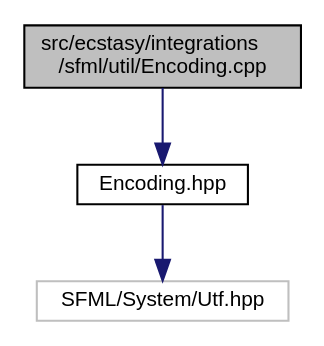
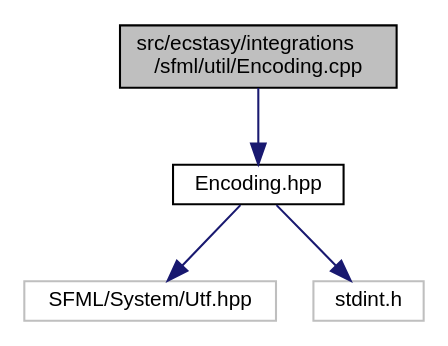
Before and after one commit to AndreasLrx/ecstasy: the diagram in _encoding_8cpp__incl.dot, drawn with Graphviz. The commit also changed 29 other files, not shown here.

```diff
--- a/_encoding_8cpp__incl.dot
+++ b/_encoding_8cpp__incl.dot
@@ -1,11 +1,13 @@
 digraph "src/ecstasy/integrations/sfml/util/Encoding.cpp"
 {
  // LATEX_PDF_SIZE
   edge [fontname="Helvetica",fontsize="10",labelfontname="Helvetica",labelfontsize="10"];
   node [fontname="Helvetica",fontsize="10",shape=record];
   Node1 [label="src/ecstasy/integrations\l/sfml/util/Encoding.cpp",height=0.2,width=0.4,color="black", fillcolor="grey75", style="filled", fontcolor="black",tooltip=" "];
   Node1 -> Node2 [color="midnightblue",fontsize="10",style="solid",fontname="Helvetica"];
   Node2 [label="Encoding.hpp",height=0.2,width=0.4,color="black", fillcolor="white", style="filled",URL="$_encoding_8hpp.html",tooltip=" "];
   Node2 -> Node3 [color="midnightblue",fontsize="10",style="solid",fontname="Helvetica"];
   Node3 [label="SFML/System/Utf.hpp",height=0.2,width=0.4,color="grey75", fillcolor="white", style="filled",tooltip=" "];
+  Node2 -> Node4 [color="midnightblue",fontsize="10",style="solid",fontname="Helvetica"];
+  Node4 [label="stdint.h",height=0.2,width=0.4,color="grey75", fillcolor="white", style="filled",tooltip=" "];
 }
```
